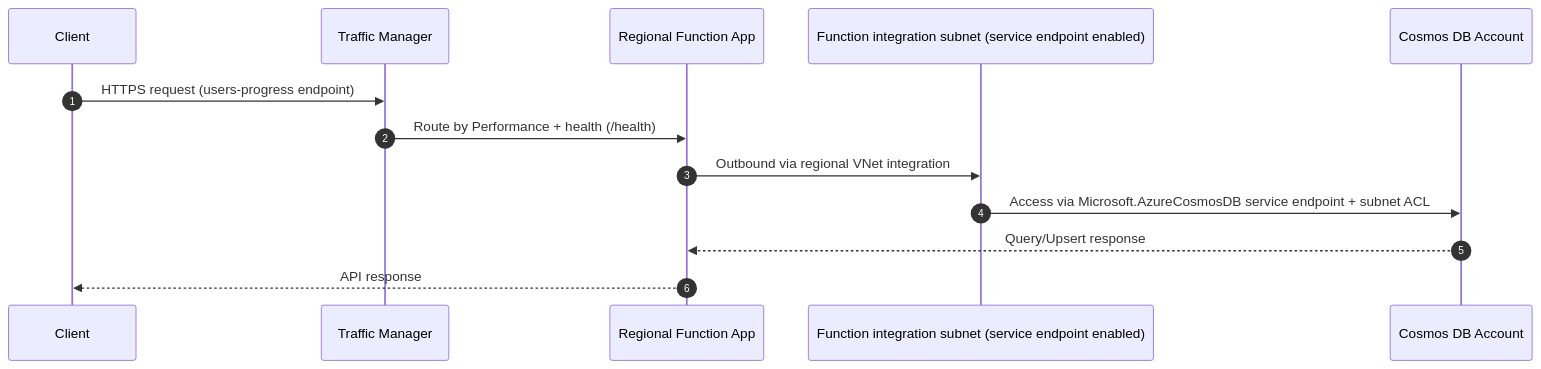
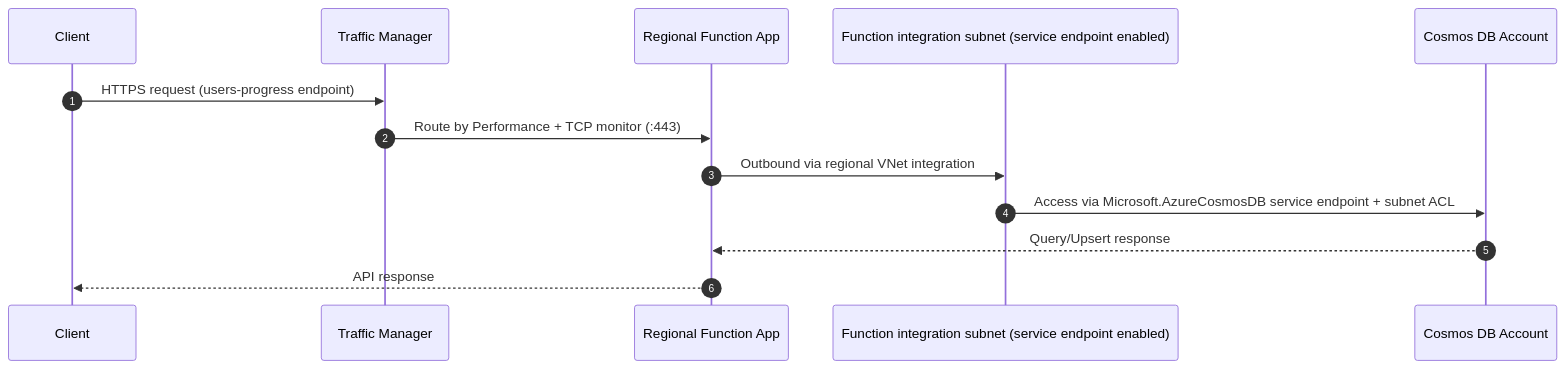
One commit to Mateus-Mannes/WriteFluency changed the second of 4 diagrams in infra/users-progress/ARCHITECTURE.md. Above: the diagram before and after it, drawn with Mermaid. The commit also changed other lines of this file and 4 other files, not shown here.

````diff
--- a/infra/users-progress/ARCHITECTURE.md
+++ b/infra/users-progress/ARCHITECTURE.md
@@ -61,16 +62,16 @@
 ```mermaid
 sequenceDiagram
   autonumber
   participant C as Client
   participant TM as Traffic Manager
   participant F as Regional Function App
   participant VNET as Function integration subnet (service endpoint enabled)
   participant COS as Cosmos DB Account
 
   C->>TM: HTTPS request (users-progress endpoint)
-  TM->>F: Route by Performance + health (/health)
+  TM->>F: Route by Performance + TCP monitor (:443)
   F->>VNET: Outbound via regional VNet integration
   VNET->>COS: Access via Microsoft.AzureCosmosDB service endpoint + subnet ACL
   COS-->>F: Query/Upsert response
   F-->>C: API response
 ```
````
